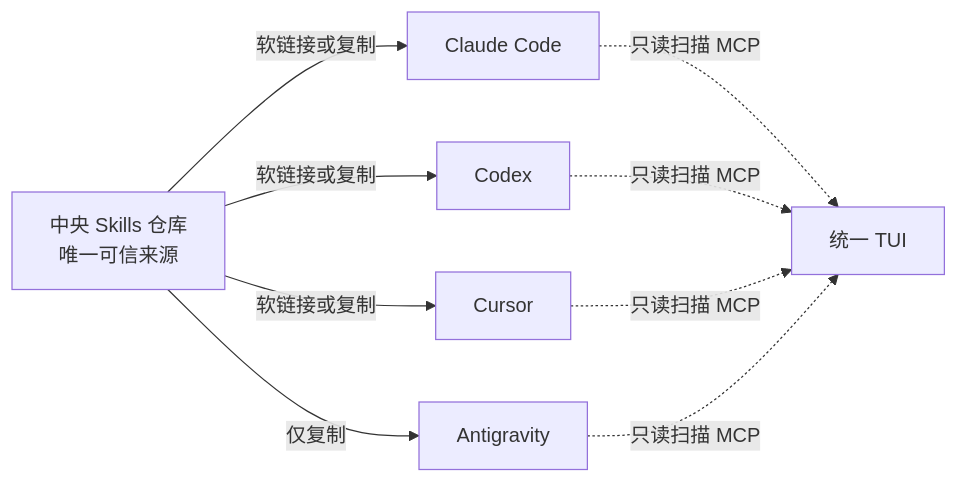
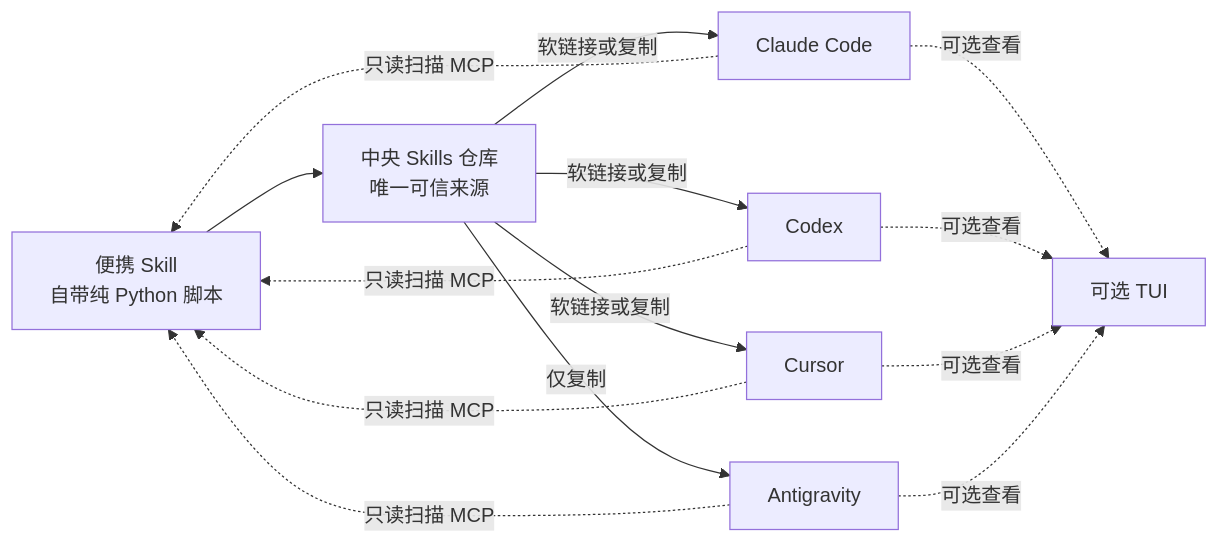
The diagram in README.md (ccckfg/agent-skills-manager), drawn with Mermaid before and after one commit. The commit also changed other lines of this file and 40 other files, not shown here.

Commit message:
Add portable skill tools and modernize TUI (#2)

````diff
--- a/README.md
+++ b/README.md
@@ -25,12 +25,17 @@
 ```mermaid
 flowchart LR
+    S["便携 Skill<br/>自带纯 Python 脚本"] --> C
     C["中央 Skills 仓库<br/>唯一可信来源"]
     C -->|软链接或复制| A["Claude Code"]
     C -->|软链接或复制| B["Codex"]
     C -->|软链接或复制| D["Cursor"]
     C -->|仅复制| E["Antigravity"]
-    A -.只读扫描 MCP.-> T["统一 TUI"]
-    B -.只读扫描 MCP.-> T
-    D -.只读扫描 MCP.-> T
-    E -.只读扫描 MCP.-> T
+    A -.只读扫描 MCP.-> S
+    B -.只读扫描 MCP.-> S
+    D -.只读扫描 MCP.-> S
+    E -.只读扫描 MCP.-> S
+    A -.可选查看.-> T["可选 TUI"]
+    B -.可选查看.-> T
+    D -.可选查看.-> T
+    E -.可选查看.-> T
 ```
````
